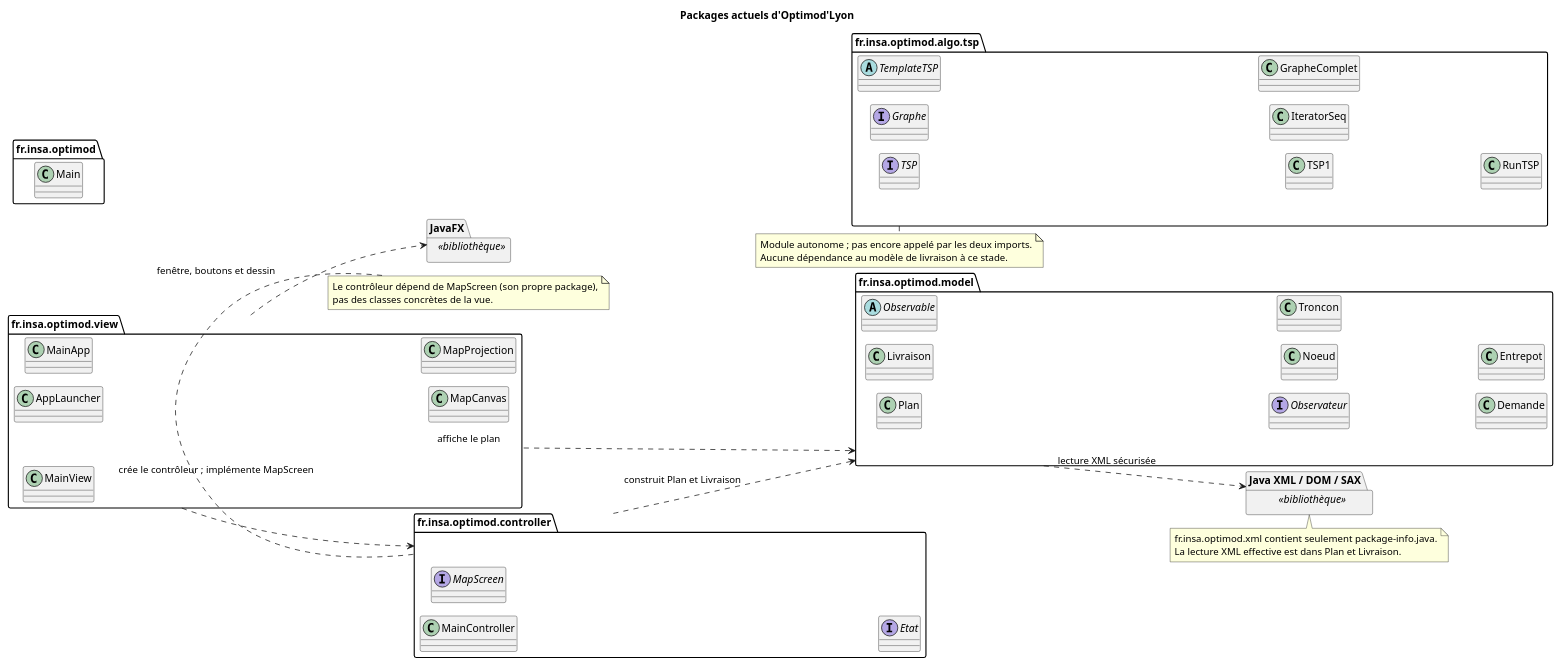
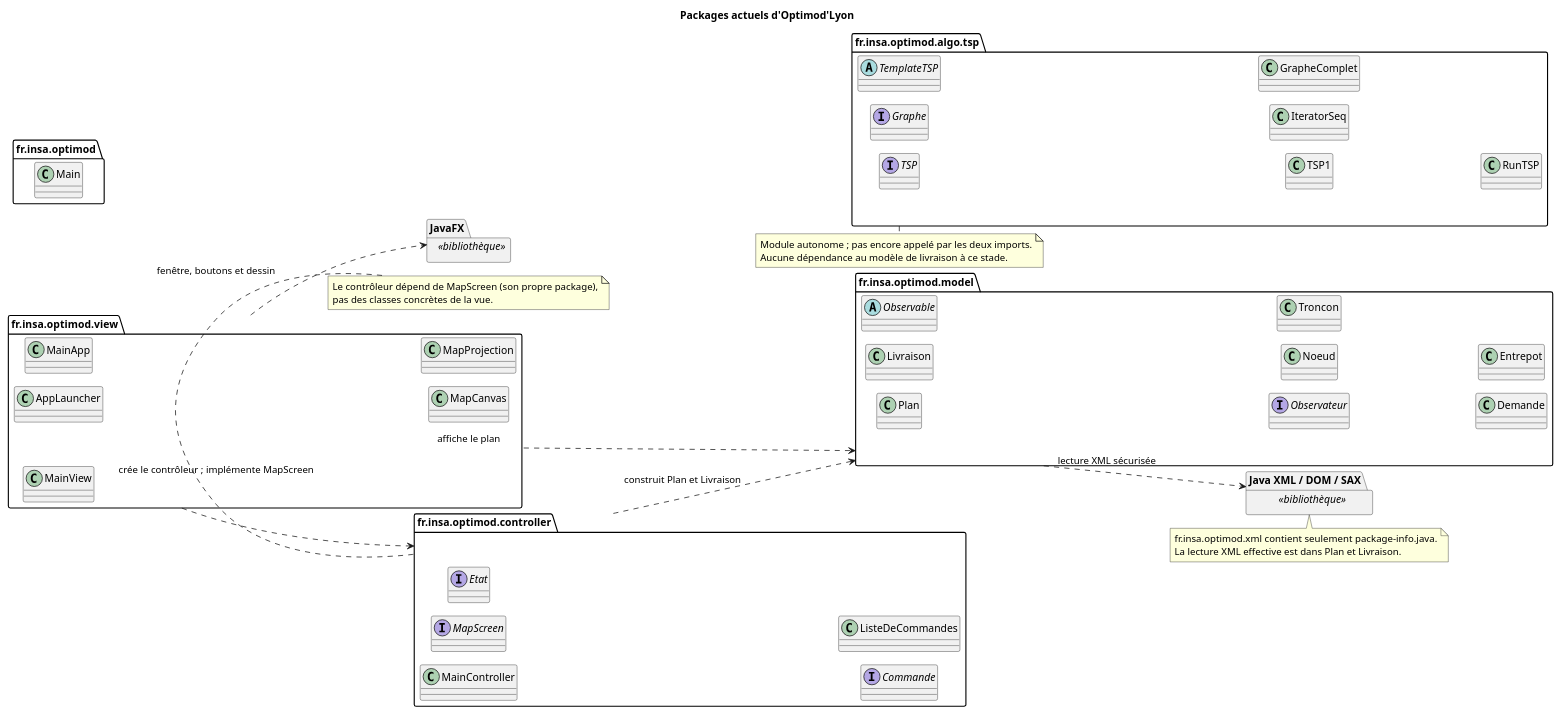
The diagram in docs/diagrams/packages-actuels.puml (tristanhp/Optimod-Lyon), drawn with PlantUML before and after one commit. The commit also changed 25 other files, not shown here.

```diff
--- a/docs/diagrams/packages-actuels.puml
+++ b/docs/diagrams/packages-actuels.puml
@@ -1,60 +1,62 @@
 @startuml packages-actuels
 !pragma layout smetana
 title Packages actuels d'Optimod'Lyon
 left to right direction
 package "fr.insa.optimod" as principal {
  class Main
 }
 package "fr.insa.optimod.view" as vue {
  class AppLauncher
  class MainApp
  class MainView
  class MapCanvas
  class MapProjection
 }
 package "fr.insa.optimod.controller" as controleur {
  class MainController
  interface MapScreen
  interface Etat
+ interface Commande
+ class ListeDeCommandes
 }
 package "fr.insa.optimod.model" as modele {
  class Plan
  class Livraison
  abstract class Observable
  interface Observateur
  class Noeud
  class Troncon
  class Demande
  class Entrepot
 }
 package "fr.insa.optimod.algo.tsp" as algorithmes {
  interface TSP
  interface Graphe
  abstract class TemplateTSP
  class TSP1
  class IteratorSeq
  class GrapheComplet
  class RunTSP
 }
 package "JavaFX" as javafx <<bibliothèque>> {
 }
 package "Java XML / DOM / SAX" as lectureXml <<bibliothèque>> {
 }
 vue ..> controleur : crée le contrôleur ; implémente MapScreen
 vue ..> modele : affiche le plan
 controleur ..> modele : construit Plan et Livraison
 vue ..> javafx : fenêtre, boutons et dessin
 modele ..> lectureXml : lecture XML sécurisée
 note bottom of controleur
 Le contrôleur dépend de MapScreen (son propre package),
 pas des classes concrètes de la vue.
 end note
 note bottom of algorithmes
 Module autonome ; pas encore appelé par les deux imports.
 Aucune dépendance au modèle de livraison à ce stade.
 end note
 note bottom of lectureXml
 fr.insa.optimod.xml contient seulement package-info.java.
 La lecture XML effective est dans Plan et Livraison.
 end note
 @enduml
```
